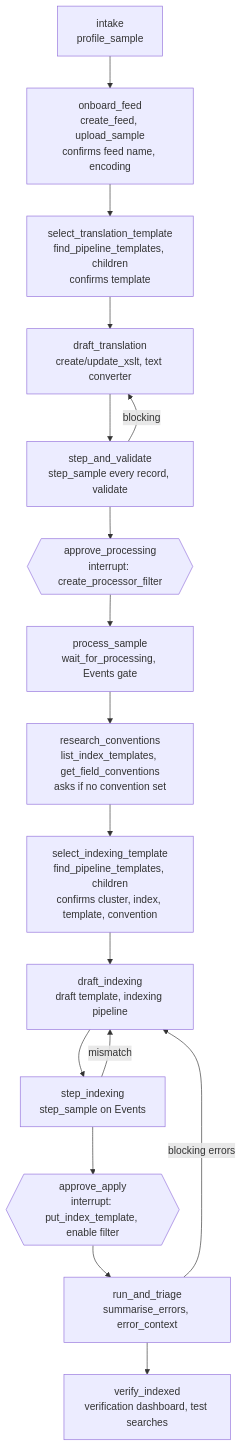
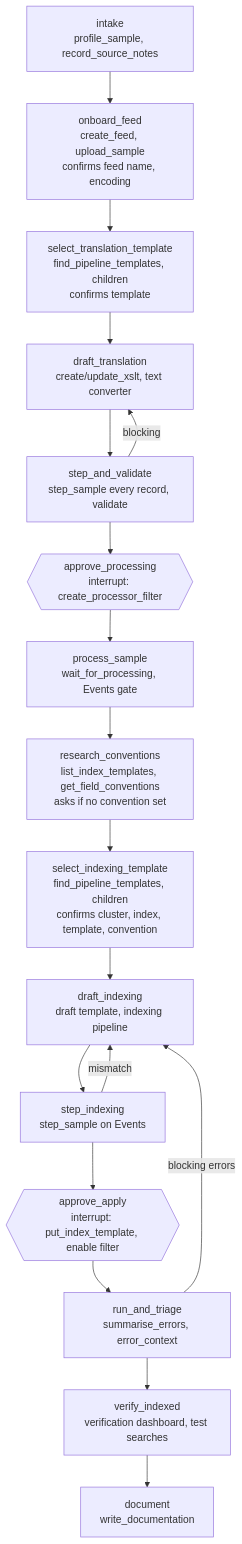
One commit to gradata-systems/stroom-fastmcp-server changed the third of 3 diagrams in docs/DESIGN.md. Above: the diagram before and after it, drawn with Mermaid. The commit also changed other lines of this file, not shown here.

First line of the commit message:
Update design: pipeline evaluation, documentation and source notes

````diff
--- a/docs/DESIGN.md
+++ b/docs/DESIGN.md
@@ -395,19 +443,20 @@
 ```mermaid
 flowchart TD
-    intake[intake<br/>profile_sample] --> onboard_feed[onboard_feed<br/>create_feed, upload_sample<br/>confirms feed name, encoding]
+    intake[intake<br/>profile_sample, record_source_notes] --> onboard_feed[onboard_feed<br/>create_feed, upload_sample<br/>confirms feed name, encoding]
     onboard_feed --> select_translation_template[select_translation_template<br/>find_pipeline_templates, children<br/>confirms template]
     select_translation_template --> draft_translation[draft_translation<br/>create/update_xslt, text converter]
     draft_translation --> step_and_validate[step_and_validate<br/>step_sample every record, validate]
     step_and_validate -- blocking --> draft_translation
     step_and_validate --> approve_processing{{approve_processing<br/>interrupt: create_processor_filter}}
     approve_processing --> process_sample[process_sample<br/>wait_for_processing, Events gate]
     process_sample --> research_conventions[research_conventions<br/>list_index_templates, get_field_conventions<br/>asks if no convention set]
     research_conventions --> select_indexing_template[select_indexing_template<br/>find_pipeline_templates, children<br/>confirms cluster, index, template, convention]
     select_indexing_template --> draft_indexing[draft_indexing<br/>draft template, indexing pipeline]
     draft_indexing --> step_indexing[step_indexing<br/>step_sample on Events]
     step_indexing -- mismatch --> draft_indexing
     step_indexing --> approve_apply{{approve_apply<br/>interrupt: put_index_template, enable filter}}
     approve_apply --> run_and_triage[run_and_triage<br/>summarise_errors, error_context]
     run_and_triage -- blocking errors --> draft_indexing
     run_and_triage --> verify_indexed[verify_indexed<br/>verification dashboard, test searches]
+    verify_indexed --> document[document<br/>write_documentation]
 ```
````
